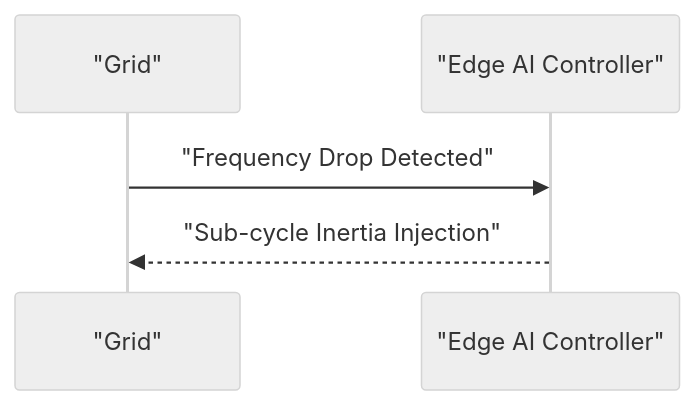
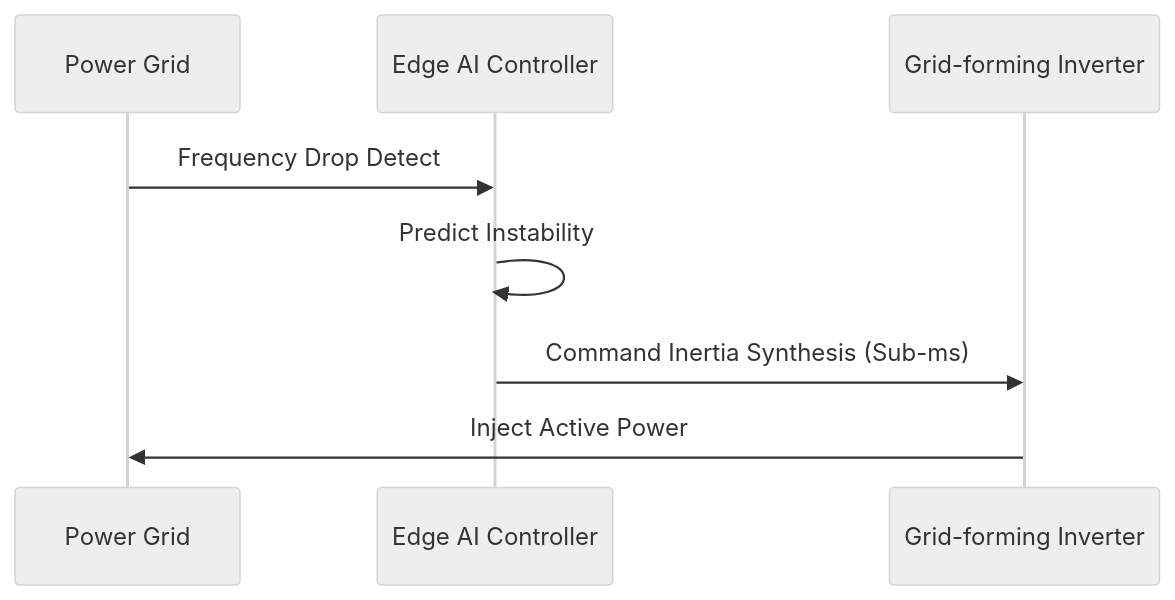
The second of 2 diagrams in archive/grid-inertia-synthesizer/README.md (flouzzy/top-100-ai-startup-ideas), drawn with Mermaid (neutral theme) before and after one commit. The commit also changed other lines of this file and 56 other files, not shown here.

````diff
--- a/archive/grid-inertia-synthesizer/README.md
+++ b/archive/grid-inertia-synthesizer/README.md
@@ -37,7 +38,10 @@
 ```mermaid
 sequenceDiagram
-    participant G as "Grid"
-    participant S as "Edge AI Controller"
-    G->>S: "Frequency Drop Detected"
-    S-->>G: "Sub-cycle Inertia Injection"
+    participant Grid as Power Grid
+    participant Edge as Edge AI Controller
+    participant Inverter as Grid-forming Inverter
+    Grid->>Edge: Frequency Drop Detect
+    Edge->>Edge: Predict Instability
+    Edge->>Inverter: Command Inertia Synthesis (Sub-ms)
+    Inverter->>Grid: Inject Active Power
 ```
````
